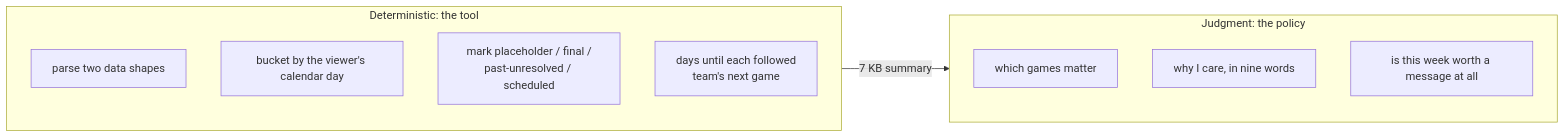
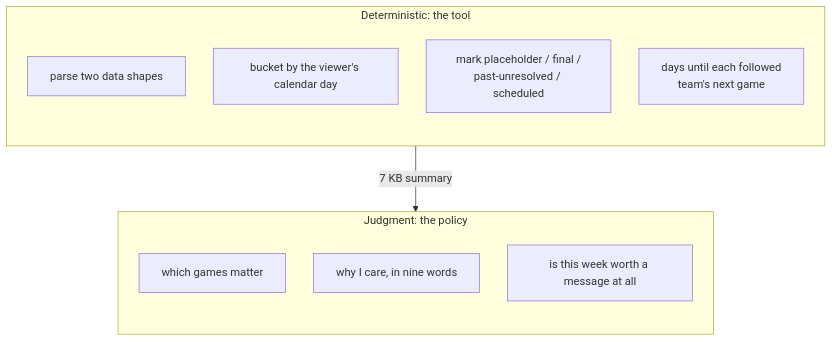
Before and after one commit to ismayc/never-miss-a-game: the second of 2 diagrams in HOW-IT-FITS-TOGETHER.md, drawn with Mermaid. The commit also changed other lines of this file and 5 other files, not shown here.

````diff
--- a/HOW-IT-FITS-TOGETHER.md
+++ b/HOW-IT-FITS-TOGETHER.md
@@ -37,17 +38,18 @@
 ```mermaid
-flowchart LR
+%%{init: {"flowchart": {"nodeSpacing": 40, "rankSpacing": 70, "padding": 16}}}%%
+flowchart TD
     subgraph det["Deterministic: the tool"]
         direction TB
         d1["parse two data shapes"]
         d2["bucket by the viewer's calendar day"]
         d3["mark placeholder / final /<br/>past-unresolved / scheduled"]
         d4["days until each followed<br/>team's next game"]
     end
     subgraph jud["Judgment: the policy"]
         direction TB
         j1["which games matter"]
         j2["why I care, in nine words"]
         j3["is this week worth a message at all"]
     end
     det -- "7 KB summary" --> jud
 ```
````
